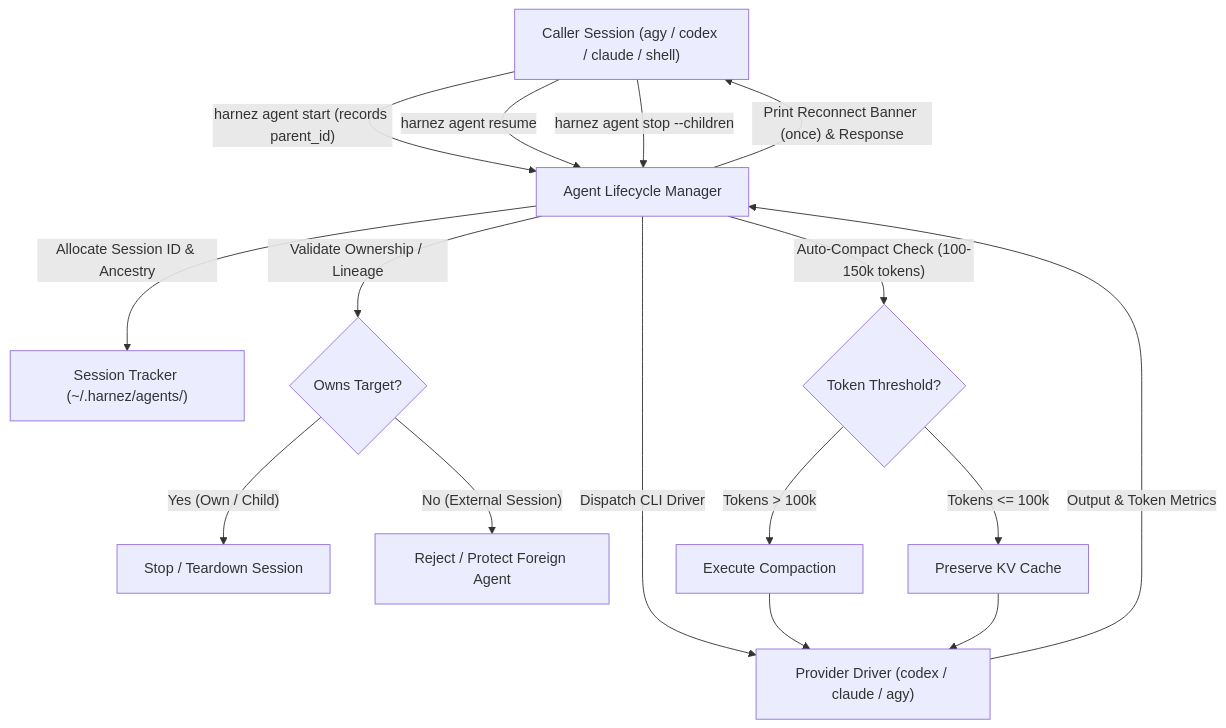
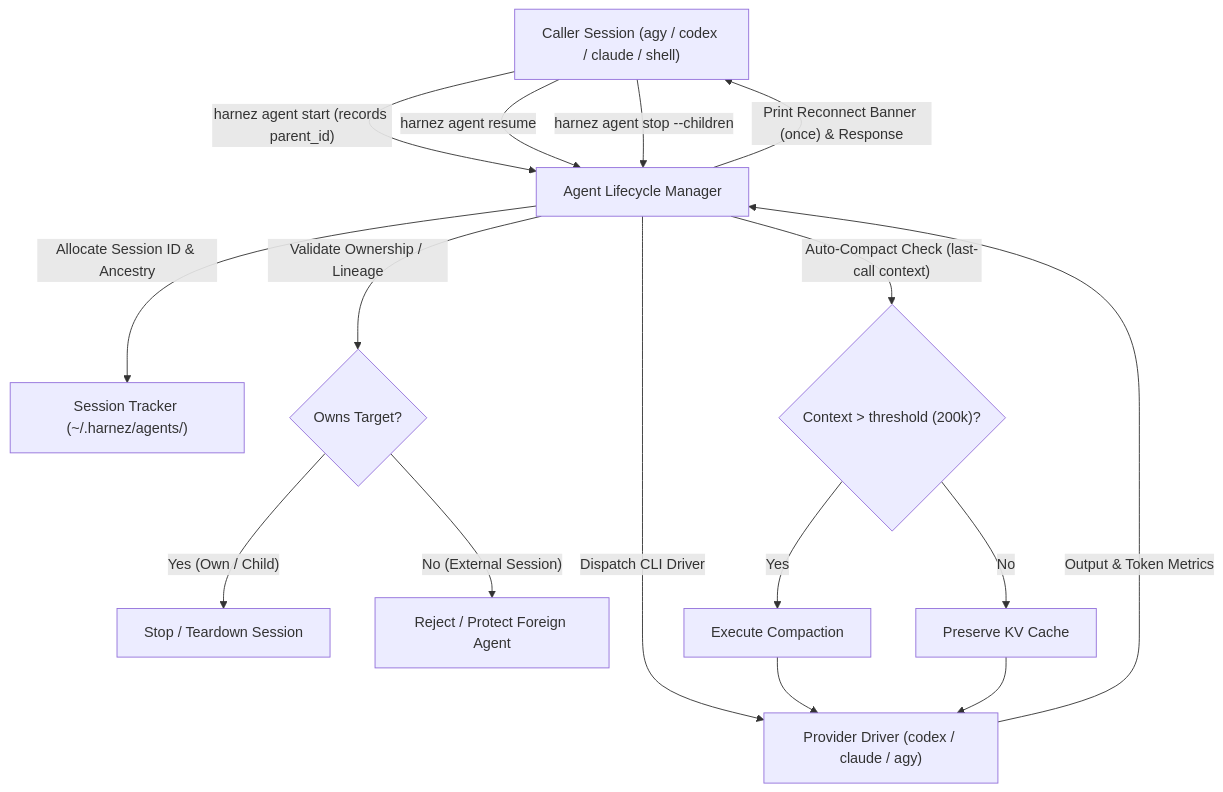
Before and after one commit to ubunatic/harnez: the diagram in docs/HarnezAgentArchitecture.md, drawn with Mermaid. The commit also changed other lines of this file and 7 other files, not shown here.

Commit message:
docs(evergreen): context size is the last call not the turn total, host lineage rules, fresh-tree handoffs, retry the stuck case (issues 656, 673)

````diff
--- a/docs/HarnezAgentArchitecture.md
+++ b/docs/HarnezAgentArchitecture.md
@@ -29,18 +29,18 @@
 ```mermaid
 flowchart TD
     A["Caller Session (agy / codex / claude / shell)"] -->|"harnez agent start (records parent_id)"| B["Agent Lifecycle Manager"]
     B -->|"Allocate Session ID & Ancestry"| C["Session Tracker (~/.harnez/agents/)"]
     B -->|"Dispatch CLI Driver"| D["Provider Driver (codex / claude / agy)"]
     D -->|"Output & Token Metrics"| B
     B -->|"Print Reconnect Banner (once) & Response"| A
     A -->|"harnez agent resume"| B
     A -->|"harnez agent stop --children"| B
     B -->|"Validate Ownership / Lineage"| H{"Owns Target?"}
     H -->|"Yes (Own / Child)"| I["Stop / Teardown Session"]
     H -->|"No (External Session)"| J["Reject / Protect Foreign Agent"]
-    B -->|"Auto-Compact Check (100-150k tokens)"| E{"Token Threshold?"}
-    E -->|"Tokens > 100k"| F["Execute Compaction"]
-    E -->|"Tokens <= 100k"| G["Preserve KV Cache"]
+    B -->|"Auto-Compact Check (last-call context)"| E{"Context > threshold (200k)?"}
+    E -->|"Yes"| F["Execute Compaction"]
+    E -->|"No"| G["Preserve KV Cache"]
     F --> D
     G --> D
 ```
````
